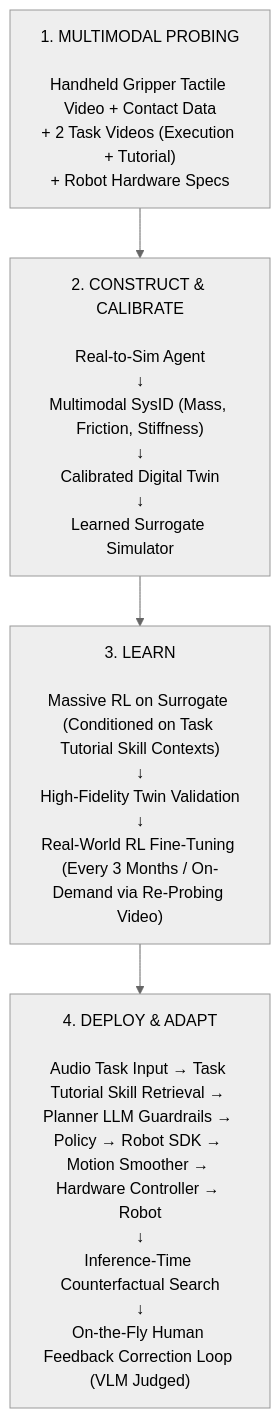
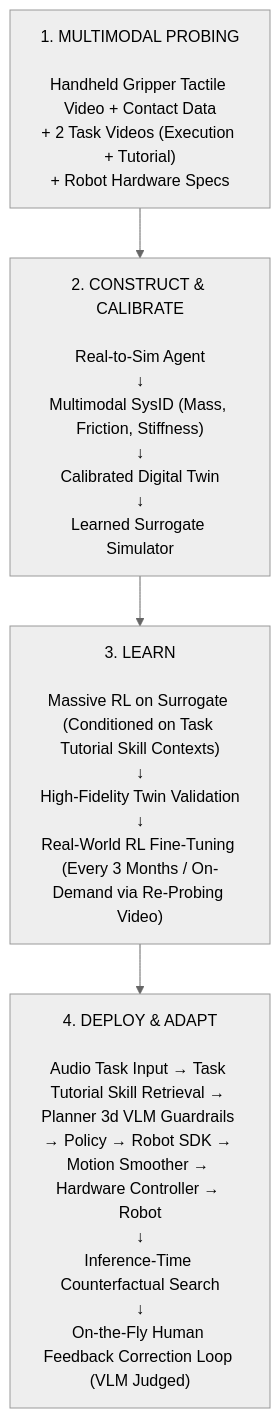
One commit to Freelunch-AI/freelunch-ide changed diagram 11 of 11 in docs/specs/post-demo/lunch_robotics.md. Above: the diagram before and after it, drawn with Mermaid (neutral theme). The commit also changed other lines of this file, not shown here.

Commit message:
Update planner LLM to planner 3D VLM in documentation

````diff
--- a/docs/specs/post-demo/lunch_robotics.md
+++ b/docs/specs/post-demo/lunch_robotics.md
@@ -510,10 +510,10 @@
 ```mermaid
 flowchart TD
     A["1. MULTIMODAL PROBING<br/><br/>Handheld Gripper Tactile Video + Contact Data<br/>+ 2 Task Videos (Execution + Tutorial)<br/>+ Robot Hardware Specs"]
 
     A --> B["2. CONSTRUCT & CALIBRATE<br/><br/>Real-to-Sim Agent<br/>↓<br/>Multimodal SysID (Mass, Friction, Stiffness)<br/>↓<br/>Calibrated Digital Twin<br/>↓<br/>Learned Surrogate Simulator"]
 
     B --> C["3. LEARN<br/><br/>Massive RL on Surrogate (Conditioned on Task Tutorial Skill Contexts)<br/>↓<br/>High-Fidelity Twin Validation<br/>↓<br/>Real-World RL Fine-Tuning (Every 3 Months / On-Demand via Re-Probing Video)"]
 
-    C --> D["4. DEPLOY & ADAPT<br/><br/>Audio Task Input → Task Tutorial Skill Retrieval → Planner LLM Guardrails → Policy → Robot SDK → Motion Smoother → Hardware Controller → Robot<br/>↓<br/>Inference-Time Counterfactual Search<br/>↓<br/>On-the-Fly Human Feedback Correction Loop (VLM Judged)"]
+    C --> D["4. DEPLOY & ADAPT<br/><br/>Audio Task Input → Task Tutorial Skill Retrieval → Planner 3d VLM Guardrails → Policy → Robot SDK → Motion Smoother → Hardware Controller → Robot<br/>↓<br/>Inference-Time Counterfactual Search<br/>↓<br/>On-the-Fly Human Feedback Correction Loop (VLM Judged)"]
 ```
````
